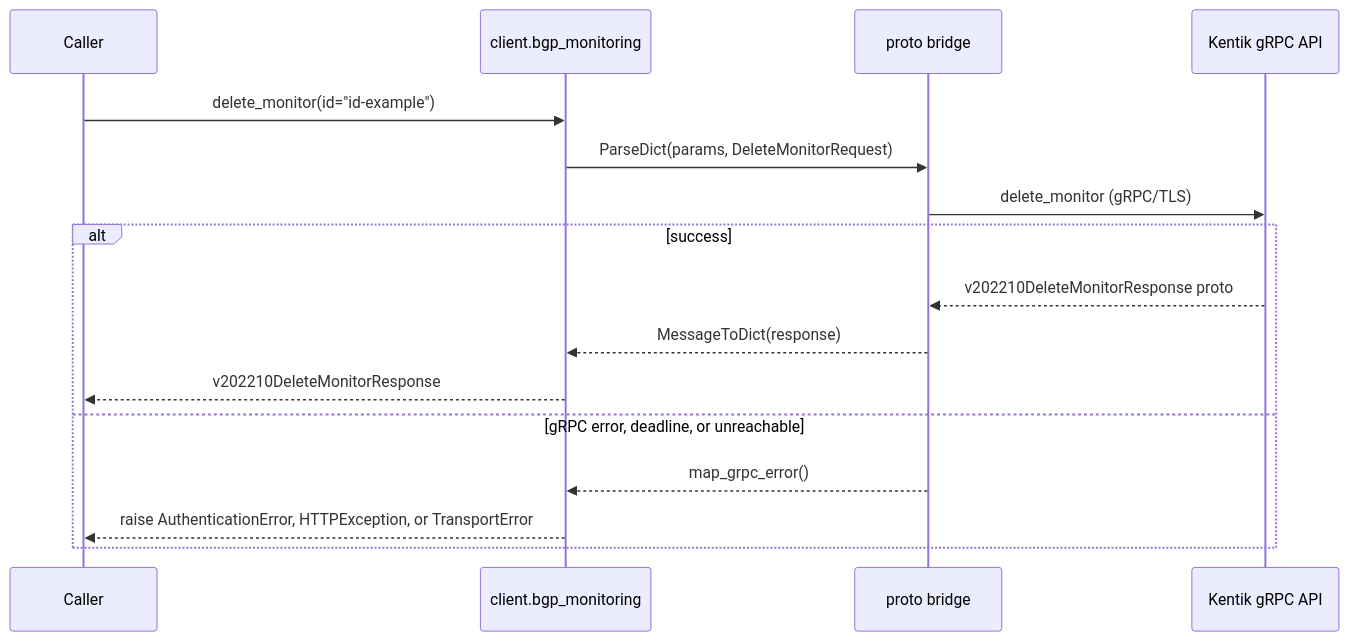
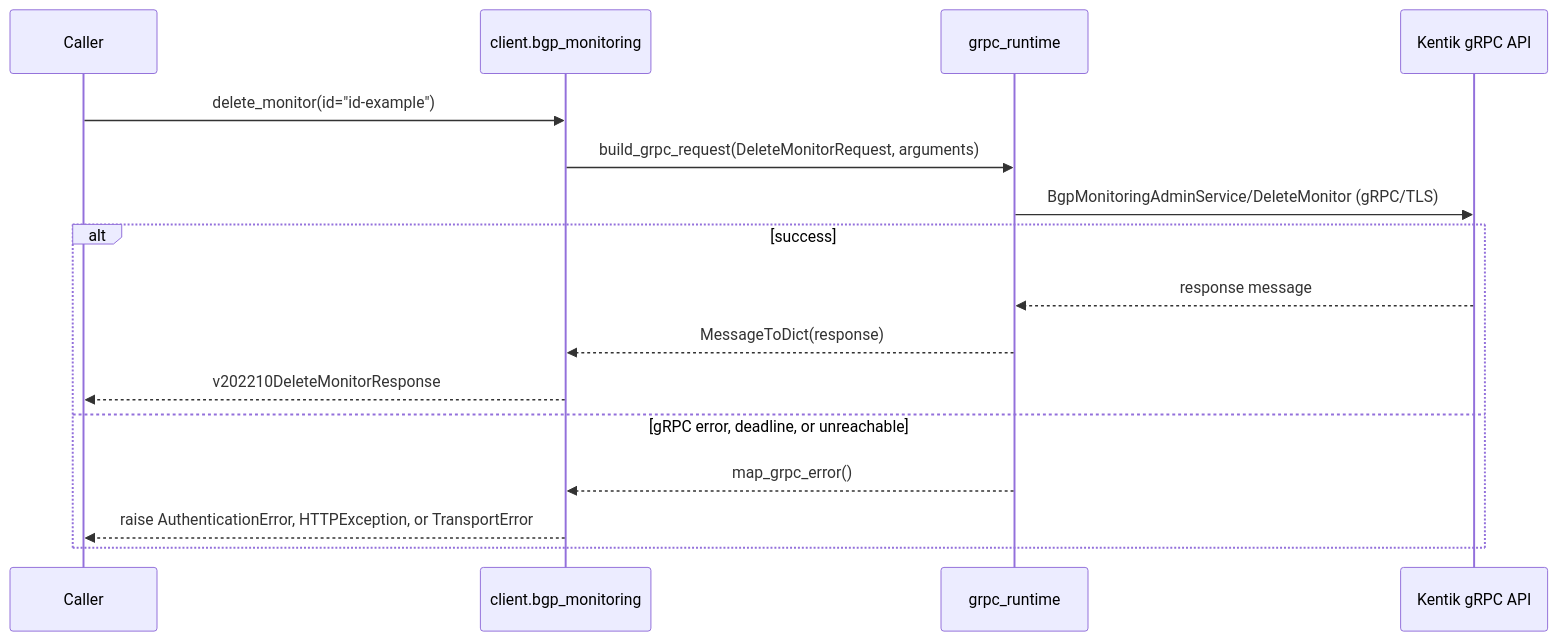
Before and after one commit to alexdearaujo/community_sdk_python: diagram 15 of 18 in docs/sphinx/services/bgp_monitoring.md, drawn with Mermaid. The commit also changed other lines of this file and 37 other files, not shown here.

First line of the commit message:
docs: show the real RPC in each service page's gRPC diagram

````diff
--- a/docs/sphinx/services/bgp_monitoring.md
+++ b/docs/sphinx/services/bgp_monitoring.md
@@ -511,19 +511,19 @@
 ```mermaid
 sequenceDiagram
     participant C as Caller
     participant W as client.bgp_monitoring
-    participant B as proto bridge
+    participant R as grpc_runtime
     participant API as Kentik gRPC API
 
     C->>W: delete_monitor(id="id-example")
-    W->>B: ParseDict(params, DeleteMonitorRequest)
-    B->>API: delete_monitor (gRPC/TLS)
+    W->>R: build_grpc_request(DeleteMonitorRequest, arguments)
+    R->>API: BgpMonitoringAdminService/DeleteMonitor (gRPC/TLS)
     alt success
-        API-->>B: v202210DeleteMonitorResponse proto
-        B-->>W: MessageToDict(response)
+        API-->>R: response message
+        R-->>W: MessageToDict(response)
         W-->>C: v202210DeleteMonitorResponse
     else gRPC error, deadline, or unreachable
-        B-->>W: map_grpc_error()
+        R-->>W: map_grpc_error()
         W-->>C: raise AuthenticationError, HTTPException, or TransportError
     end
 ```
````
